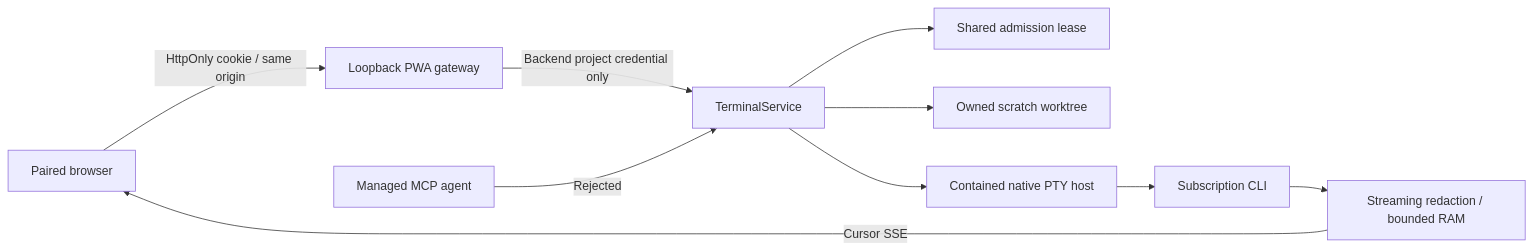
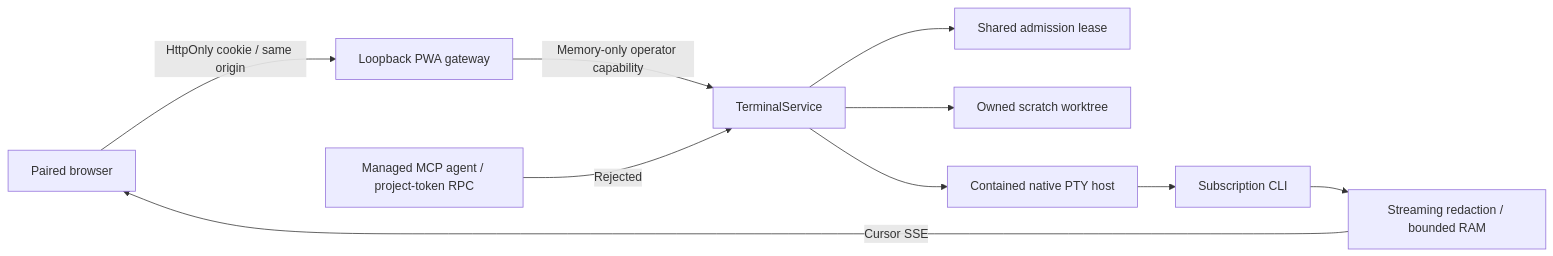
One commit to Division4Studios/malt changed the diagram in docs/interactive-terminals.md. Above: the diagram before and after it, drawn with Mermaid. The commit also changed other lines of this file and 4 other files, not shown here.

Commit message:
docs(terminal): reconcile operator authority and replay contracts

````diff
--- a/docs/interactive-terminals.md
+++ b/docs/interactive-terminals.md
@@ -76,12 +76,12 @@
 ```mermaid
 flowchart LR
   Operator[Paired browser] -->|HttpOnly cookie / same origin| Gateway[Loopback PWA gateway]
-  Gateway -->|Backend project credential only| Service[TerminalService]
+  Gateway -->|Memory-only operator capability| Service[TerminalService]
   Service --> Lease[Shared admission lease]
   Service --> Scratch[Owned scratch worktree]
   Service --> Host[Contained native PTY host]
   Host --> CLI[Subscription CLI]
   CLI --> Redact[Streaming redaction / bounded RAM]
   Redact -->|Cursor SSE| Operator
-  Agent[Managed MCP agent] -->|Rejected| Service
+  Agent[Managed MCP agent / project-token RPC] -->|Rejected| Service
 ```
````
